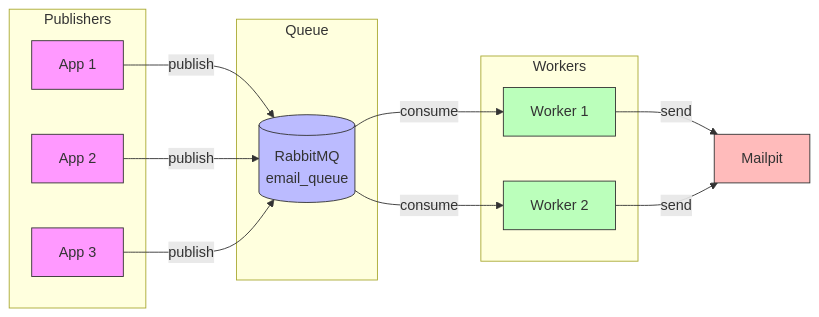
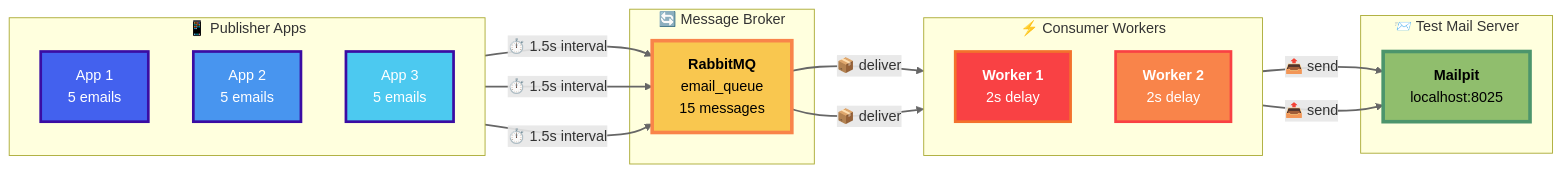
The first of 6 diagrams in README.md (Ashraful52038/RabbitMQ-Email-Dispatcher), drawn with Mermaid before and after one commit.

Commit message:
Enhance architecture diagram with detailed styling

````diff
--- a/README.md
+++ b/README.md
@@ -16,31 +16,49 @@
 ```mermaid
    graph LR
-    subgraph Publishers
-        A1[App 1]
-        A2[App 2]
-        A3[App 3]
+    subgraph "📱 Publisher Apps"
+        direction TB
+        A1[<span style='color:#FFFFFF'>App 1<br/>5 emails</span>]
+        A2[<span style='color:#FFFFFF'>App 2<br/>5 emails</span>]
+        A3[<span style='color:#FFFFFF'>App 3<br/>5 emails</span>]
     end
+
+    subgraph "🔄 Message Broker"
+        Q[<span style='color:#000000'><b>RabbitMQ</b><br/>email_queue<br/>15 messages</span>]
+    end
+
+    subgraph "⚡ Consumer Workers"
+        direction TB
+        W1[<span style='color:#FFFFFF'><b>Worker 1</b><br/>2s delay</span>]
+        W2[<span style='color:#FFFFFF'><b>Worker 2</b><br/>2s delay</span>]
+    end
+
+    subgraph "📨 Test Mail Server"
+        MP[<span style='color:#000000'><b>Mailpit</b><br/>localhost:8025</span>]
+    end
+
+    A1 & A2 & A3 -->|⏱️ 1.5s interval| Q
     
-    subgraph Queue
-        Q[(RabbitMQ<br/>email_queue)]
-    end
+    Q -->|📦 deliver| W1
+    Q -->|📦 deliver| W2
     
-    subgraph Workers
-        W1[Worker 1]
-        W2[Worker 2]
-    end
+    W1 -->|📤 send| MP
+    W2 -->|📤 send| MP
+
+    %% Styling - Publisher Apps
+    style A1 fill:#4361ee,stroke:#3a0ca3,stroke-width:3px,color:#ffffff
+    style A2 fill:#4895ef,stroke:#3a0ca3,stroke-width:3px,color:#ffffff
+    style A3 fill:#4cc9f0,stroke:#3a0ca3,stroke-width:3px,color:#ffffff
     
-    M[Mailpit]
+    %% Styling - RabbitMQ
+    style Q fill:#f9c74f,stroke:#f9844a,stroke-width:4px,color:#000000
     
-    A1 & A2 & A3 -->|publish| Q
-    Q -->|consume| W1 & W2
-    W1 & W2 -->|send| M
+    %% Styling - Workers
+    style W1 fill:#f94144,stroke:#f3722c,stroke-width:3px,color:#ffffff
+    style W2 fill:#f9844a,stroke:#f94144,stroke-width:3px,color:#ffffff
     
-    style A1 fill:#f9f,stroke:#333
-    style A2 fill:#f9f,stroke:#333
-    style A3 fill:#f9f,stroke:#333
-    style Q fill:#bbf,stroke:#333
-    style W1 fill:#bfb,stroke:#333
-    style W2 fill:#bfb,stroke:#333
-    style M fill:#fbb,stroke:#333
+    %% Styling - Mailpit
+    style MP fill:#90be6d,stroke:#4c956c,stroke-width:4px,color:#000000
+    
+    %% Link styling
+    linkStyle default stroke-width:2px,fill:none,stroke:#666
 ```
````
